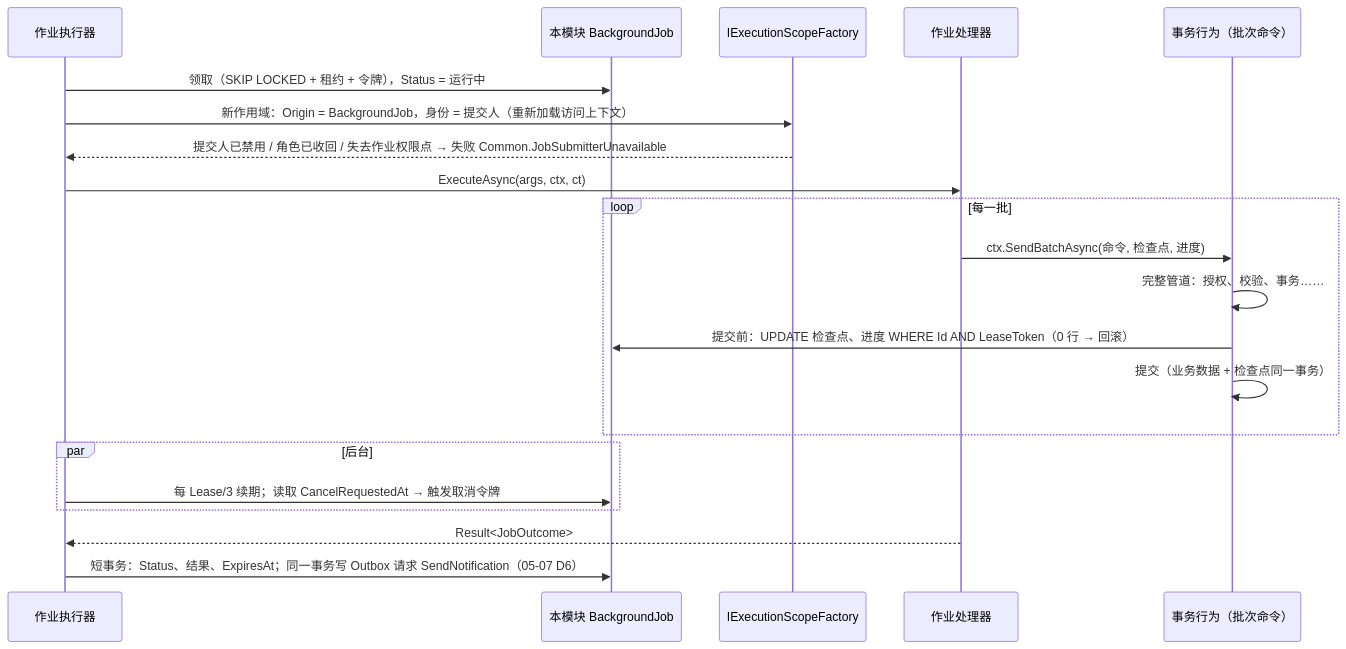
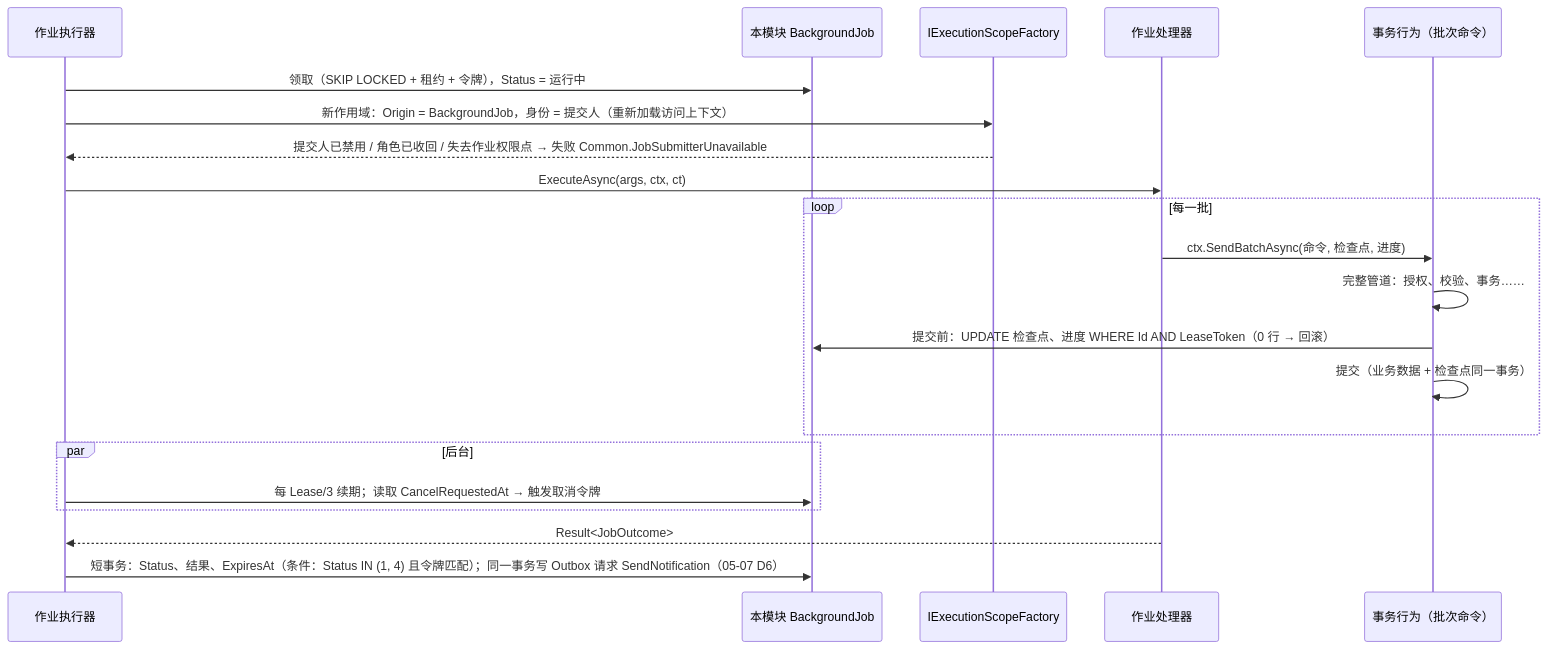
The fourth of 4 diagrams in docs/framework/05-infrastructure/05-08-后台处理.md (gw-hhh/KMIC.Platform), drawn with Mermaid before and after one commit. The commit also changed other lines of this file and 5 other files, not shown here.

````diff
--- a/docs/framework/05-infrastructure/05-08-后台处理.md
+++ b/docs/framework/05-infrastructure/05-08-后台处理.md
@@ -477,23 +475,23 @@
 ```mermaid
 sequenceDiagram
     participant JR as 作业执行器
     participant JT as 本模块 BackgroundJob
     participant S as IExecutionScopeFactory
     participant H as 作业处理器
     participant T as 事务行为（批次命令）
     JR->>JT: 领取（SKIP LOCKED + 租约 + 令牌），Status = 运行中
     JR->>S: 新作用域：Origin = BackgroundJob，身份 = 提交人（重新加载访问上下文）
     S-->>JR: 提交人已禁用 / 角色已收回 / 失去作业权限点 → 失败 Common.JobSubmitterUnavailable
     JR->>H: ExecuteAsync(args, ctx, ct)
     loop 每一批
         H->>T: ctx.SendBatchAsync(命令, 检查点, 进度)
         T->>T: 完整管道：授权、校验、事务……
         T->>JT: 提交前：UPDATE 检查点、进度 WHERE Id AND LeaseToken（0 行 → 回滚）
         T->>T: 提交（业务数据 + 检查点同一事务）
     end
     par 后台
         JR->>JT: 每 Lease/3 续期；读取 CancelRequestedAt → 触发取消令牌
     end
     H-->>JR: Result<JobOutcome>
-    JR->>JT: 短事务：Status、结果、ExpiresAt；同一事务写 Outbox 请求 SendNotification（05-07 D6）
+    JR->>JT: 短事务：Status、结果、ExpiresAt（条件：Status IN (1, 4) 且令牌匹配）；同一事务写 Outbox 请求 SendNotification（05-07 D6）
 ```
````
